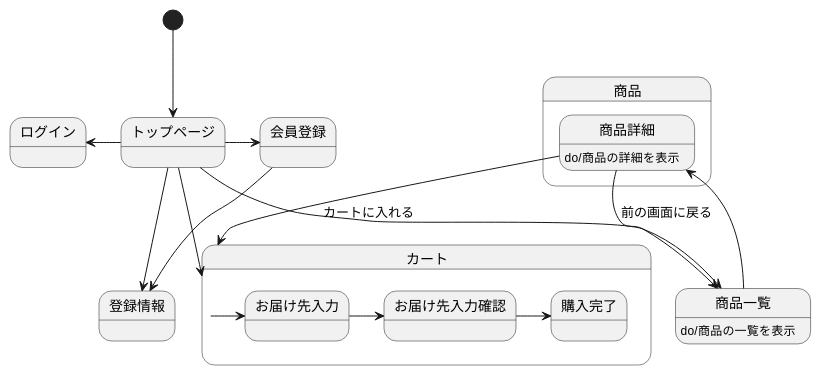
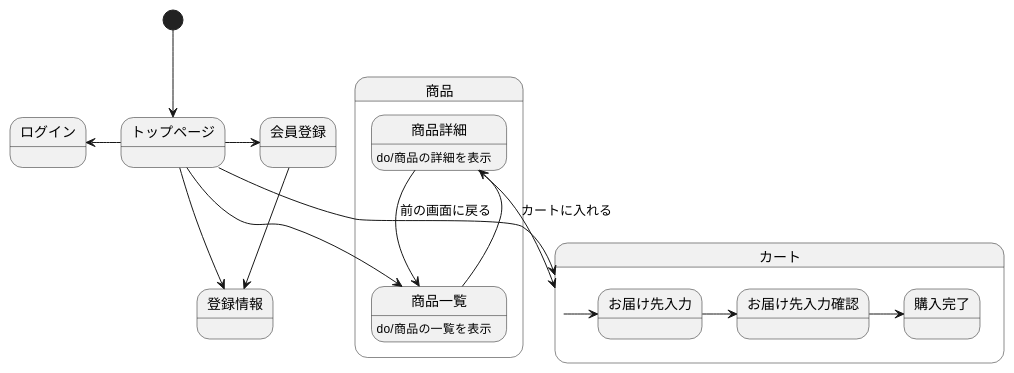
Before and after one commit to aso2001190/sys2021-design: the diagram in stm01.md, drawn with PlantUML.

````diff
--- a/stm01.md
+++ b/stm01.md
@@ -1,27 +1,30 @@
 ```uml
 @startuml
+
+ state 商品 {
+商品詳細 : do/商品の詳細を表示
+商品一覧 : do/商品の一覧を表示
+}
+
 [*] --> トップページ
 トップページ -> 会員登録
 トップページ -left-> ログイン
 トップページ --> カート
 トップページ --> 登録情報
 トップページ --> 商品一覧
- state 商品 {
-商品詳細 : do/商品の詳細を表示
-商品一覧 : do/商品の一覧を表示
-}
+
 商品一覧 --> 商品詳細 
 商品詳細 --> 商品一覧 : 前の画面に戻る
 商品詳細 --> カート : カートに入れる
 
 
 会員登録 --> 登録情報
 
 state カート {
 カート -> お届け先入力
 お届け先入力 -> お届け先入力確認
 お届け先入力確認 -> 購入完了
 }
 
 @enduml
 ```
````
